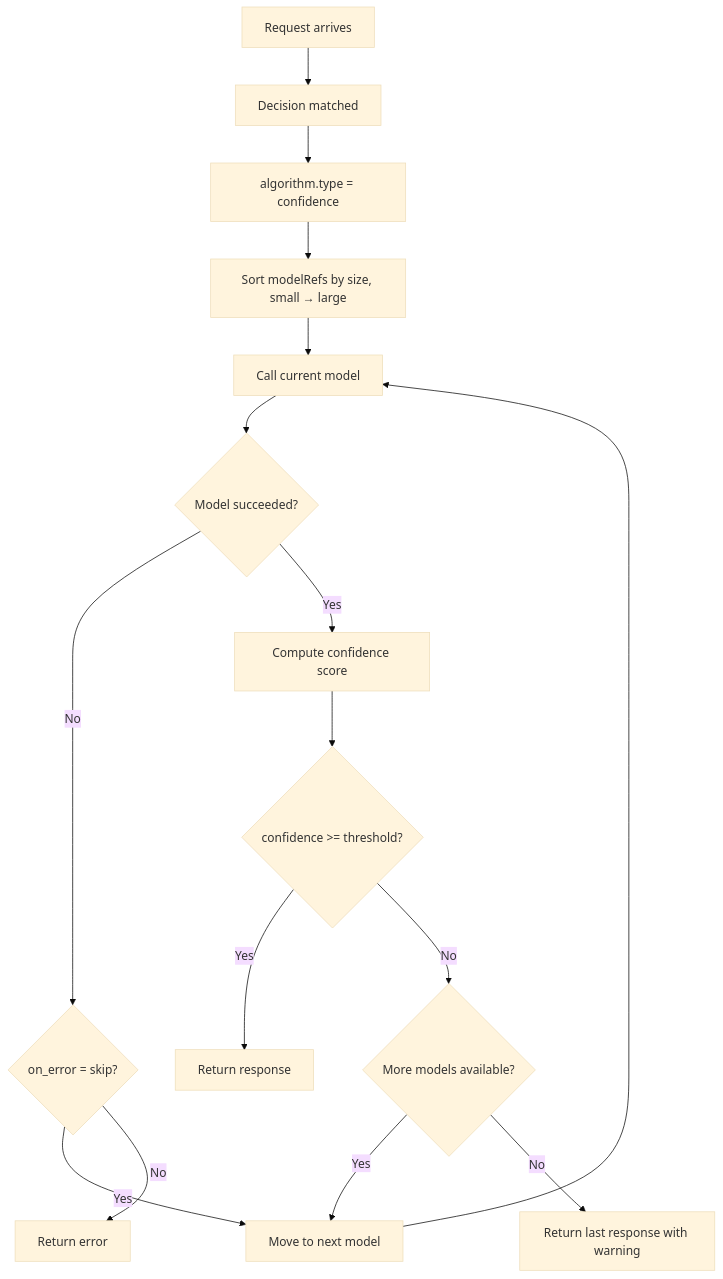
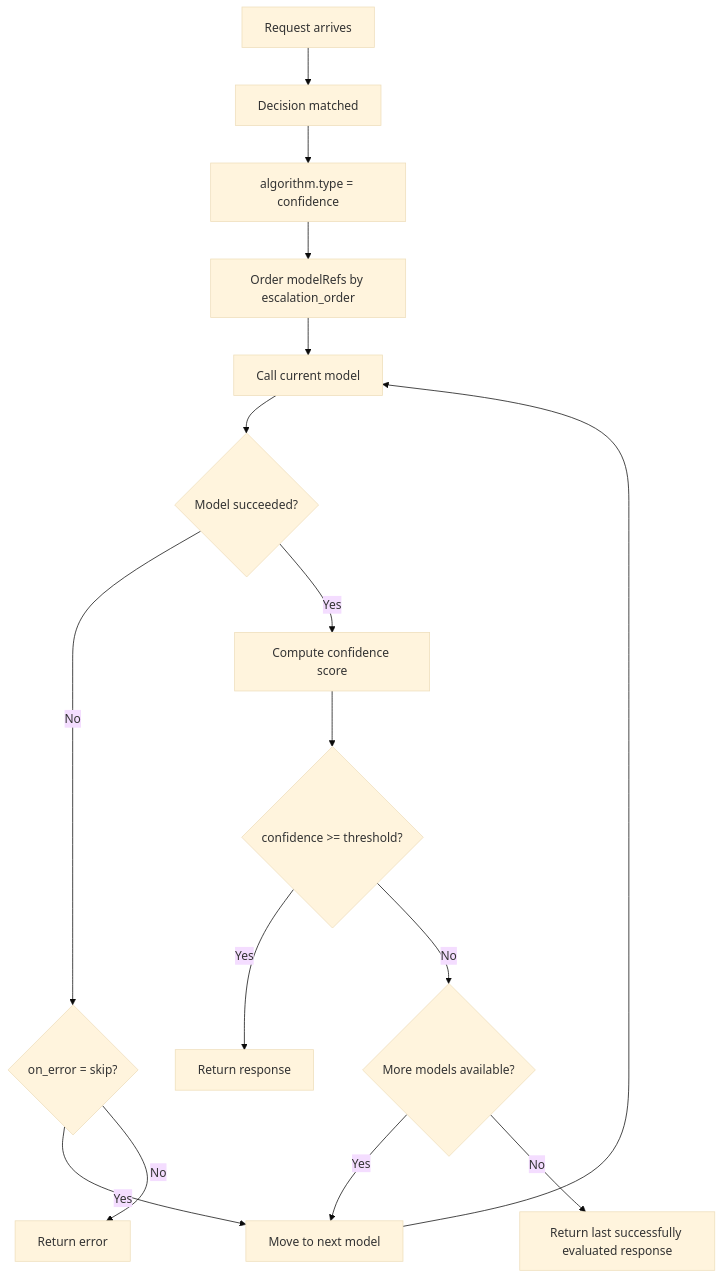
The diagram in website/docs/tutorials/algorithm/looper/confidence.md (vllm-project/semantic-router), drawn with Mermaid (base theme) before and after one commit. The commit also changed other lines of this file and 1110 other files, not shown here.

````diff
--- a/website/docs/tutorials/algorithm/looper/confidence.md
+++ b/website/docs/tutorials/algorithm/looper/confidence.md
@@ -34,18 +38,18 @@
 ```mermaid
 flowchart TD
     A[Request arrives] --> B[Decision matched]
     B --> C[algorithm.type = confidence]
-    C --> D[Sort modelRefs by size, small → large]
+    C --> D[Order modelRefs by escalation_order]
     D --> E[Call current model]
     E --> F{Model succeeded?}
     F -- No --> G{on_error = skip?}
     G -- Yes --> H[Move to next model]
     G -- No --> I[Return error]
     H --> E
     F -- Yes --> J[Compute confidence score]
     J --> K{confidence >= threshold?}
     K -- Yes --> L[Return response]
     K -- No --> M{More models available?}
     M -- Yes --> H
-    M -- No --> N[Return last response with warning]
+    M -- No --> N[Return last successfully evaluated response]
 ```
````
